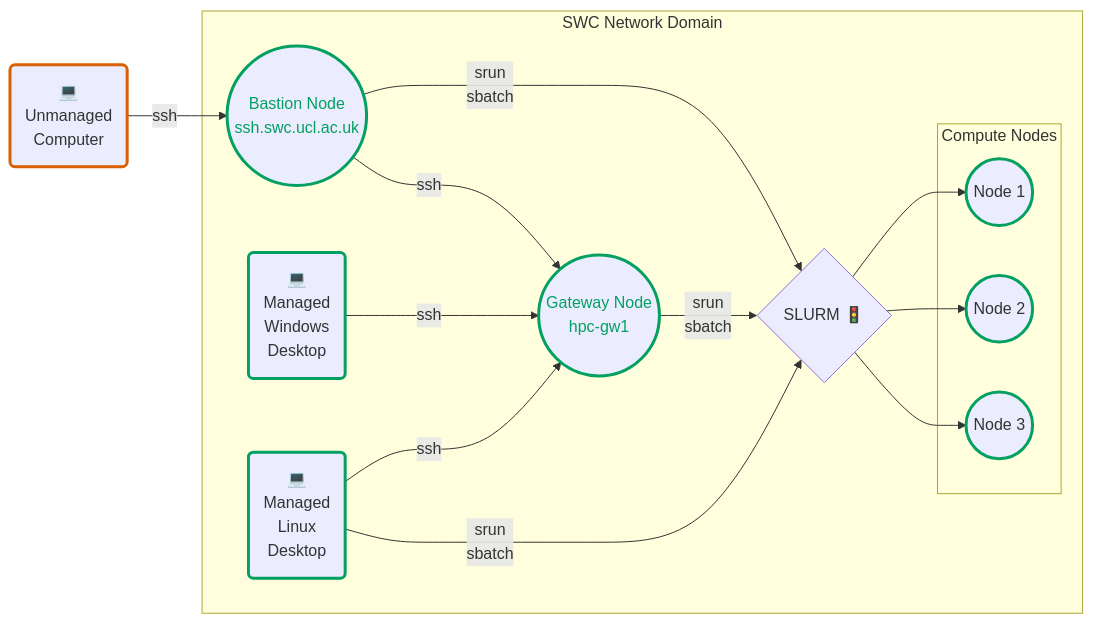
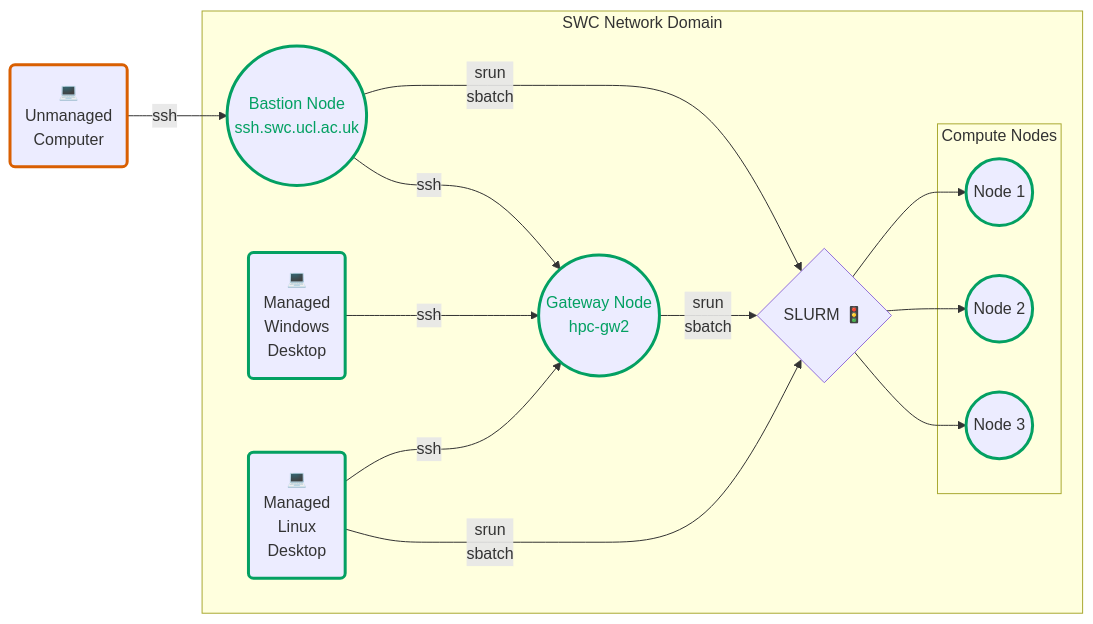
The diagram in docs/source/_static/ssh_flowchart_source.mmd (neuroinformatics-unit/HowTo), drawn with Mermaid before and after one commit. The commit also changed 2 other files, not shown here.

```diff
--- a/docs/source/_static/ssh_flowchart_source.mmd
+++ b/docs/source/_static/ssh_flowchart_source.mmd
@@ -1,36 +1,36 @@
 flowchart LR
     classDef safe stroke:#03A062,stroke-width:3px;
     classDef unsafe stroke:#d95f02,stroke-width:3px;
     classDef emphasis color:#03A062,stroke:#03A062,stroke-width:3px;
 
     unmanaged("💻\n Unmanaged\n Computer") -->|ssh| bastion(("Bastion Node\n ssh.swc.ucl.ac.uk"))
 
     subgraph trusted["SWC Network Domain"]
 
-        bastion --> |ssh| gateway(("Gateway Node\n hpc-gw1"))
+        bastion --> |ssh| gateway(("Gateway Node\n hpc-gw2"))
         managed_win("💻\n Managed\n Windows\n Desktop") ---> |ssh| gateway
         managed_linux("💻\n Managed\n Linux\n Desktop") ---> |ssh| gateway
         bastion ----> |srun\n sbatch| slurm{"SLURM 🚦"}
         gateway --> |srun\n sbatch| slurm
         managed_linux --> |srun\n sbatch| slurm
 
         subgraph compute["Compute Nodes"]
         node1(("Node 1"))
         node2(("Node 2"))
         node3(("Node 3"))
         end
 
         slurm --> node1
         slurm --> node2
         slurm --> node3
 
     end
 
     class bastion emphasis
     class gateway emphasis
     class unmanaged unsafe
     class managed_win safe
     class managed_linux safe
     class node1 safe
     class node2 safe
     class node3 safe
```
